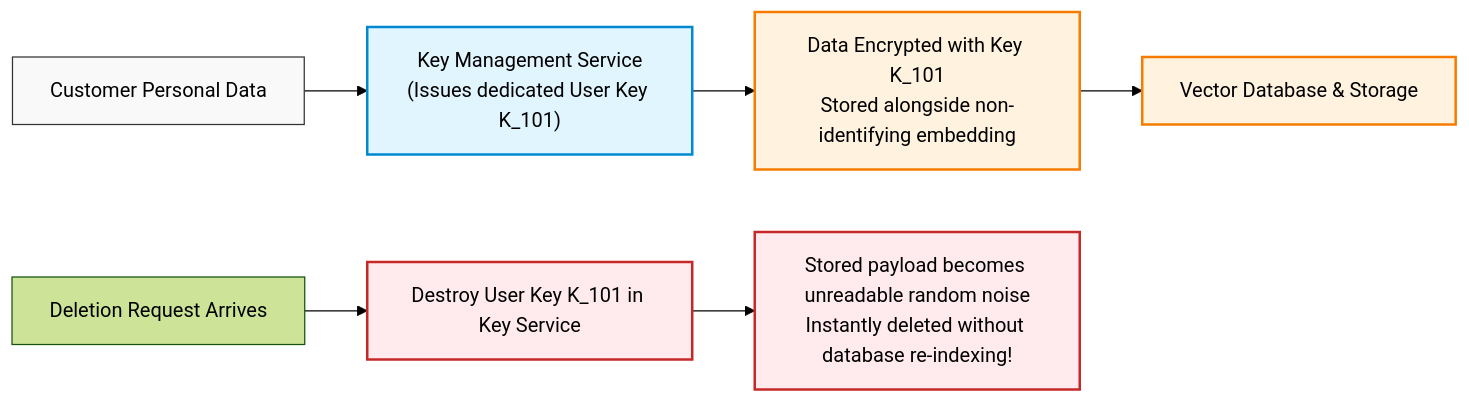
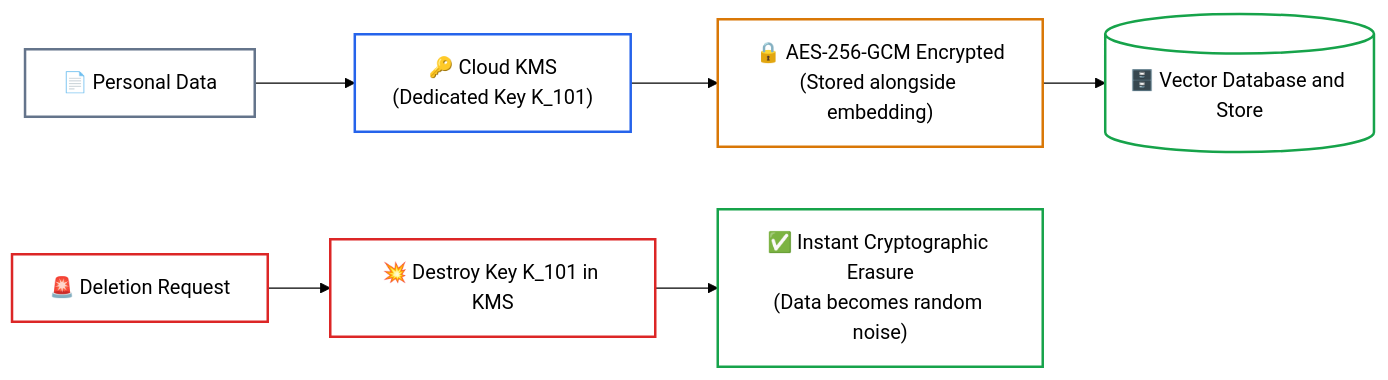
Before and after one commit to dip4k/senior-engineer-to-ai-engineer-roadmap: the fifth of 5 diagrams in 04-agentic-systems-and-orchestration/04-agent-memory-systems-and-cognitive-architectures.md, drawn with Mermaid (forest theme). The commit also changed other lines of this file and 94 other files, not shown here.

Commit message:
refactor(curriculum): complete Phase 04 upgrade and enforce diagram renderer invariants

````diff
--- a/04-agentic-systems-and-orchestration/04-agent-memory-systems-and-cognitive-architectures.md
+++ b/04-agentic-systems-and-orchestration/04-agent-memory-systems-and-cognitive-architectures.md
@@ -180,14 +215,17 @@
 ```mermaid
 flowchart LR
-    classDef plain fill:#f9f9f9,stroke:#333,stroke-width:1px;
-    classDef enc fill:#fff3e0,stroke:#f57c00,stroke-width:2px;
-    classDef kms fill:#e1f5fe,stroke:#0288d1,stroke-width:2px;
-    classDef shred fill:#ffebee,stroke:#c62828,stroke-width:2px;
+    UserData["📄 Personal Data"] --> KMS["🔑 Cloud KMS<br>(Dedicated Key K_101)"]
+    KMS --> Enc["🔒 AES-256-GCM Encrypted<br>(Stored alongside embedding)"]
+    Enc --> DB[("🗄️ Vector Database and Store")]
+    
+    Request["🚨 Deletion Request"] --> Destroy["💥 Destroy Key K_101 in KMS"]
+    Destroy --> Result["✅ Instant Cryptographic Erasure<br>(Data becomes random noise)"]
 
-    UserData["Customer Personal Data"]:::plain --> KMS["Key Management Service\n(Issues dedicated User Key K_101)"]:::kms
-    KMS --> Enc["Data Encrypted with Key K_101\nStored alongside non-identifying embedding"]:::enc
-    Enc --> DB["Vector Database & Storage"]:::enc
-    
-    Request["Deletion Request Arrives"] --> Destroy["Destroy User Key K_101 in Key Service"]:::shred
-    Destroy --> Result["Stored payload becomes unreadable random noise\nInstantly deleted without database re-indexing!"]:::shred
+    style UserData stroke:#64748b,stroke-width:2px,fill:none
+    style KMS stroke:#2563eb,stroke-width:2px,fill:none
+    style Enc stroke:#d97706,stroke-width:2px,fill:none
+    style DB stroke:#16a34a,stroke-width:2px,fill:none
+    style Request stroke:#dc2626,stroke-width:2px,fill:none
+    style Destroy stroke:#dc2626,stroke-width:2px,fill:none
+    style Result stroke:#16a34a,stroke-width:2px,fill:none
 ```
````
